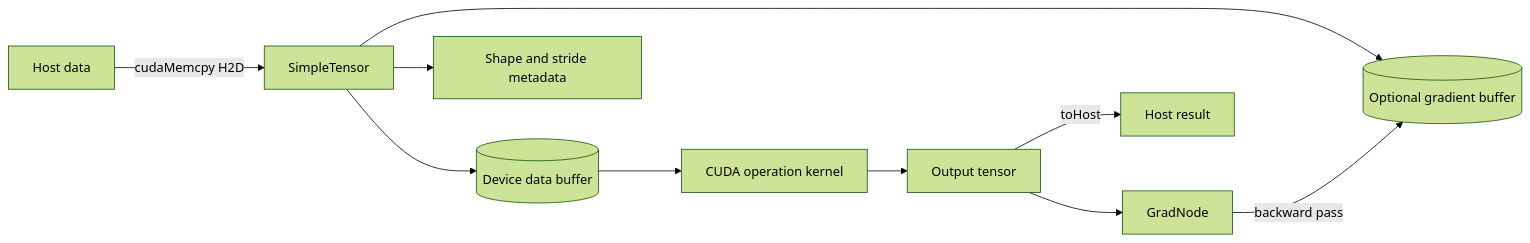
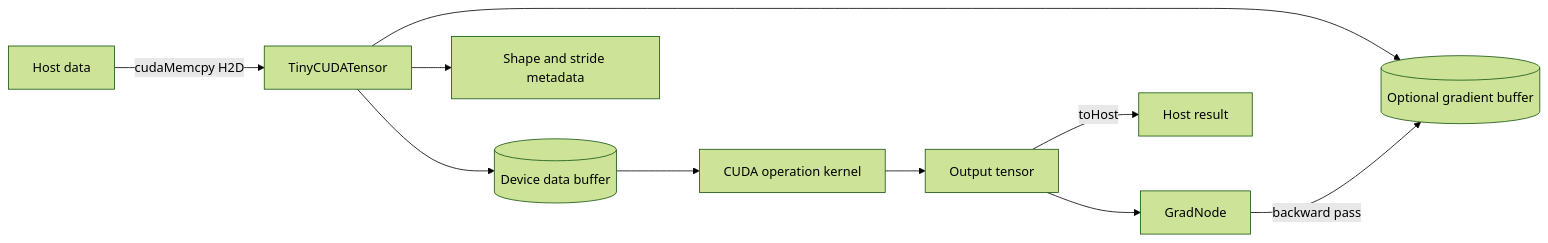
The first of 3 diagrams in README.md (srirsatt/TinyCUDATensor), drawn with Mermaid (forest theme) before and after one commit. The commit also changed other lines of this file, not shown here.

````diff
--- a/README.md
+++ b/README.md
@@ -23,12 +23,12 @@
 ```mermaid
 flowchart LR
-    H[Host data] -->|cudaMemcpy H2D| T[SimpleTensor]
+    H[Host data] -->|cudaMemcpy H2D| T[TinyCUDATensor]
     T --> D[(Device data buffer)]
     T --> G[(Optional gradient buffer)]
     T --> M[Shape and stride metadata]
     D --> K[CUDA operation kernel]
     K --> O[Output tensor]
     O --> N[GradNode]
     N -->|backward pass| G
     O -->|toHost| R[Host result]
 ```
````
